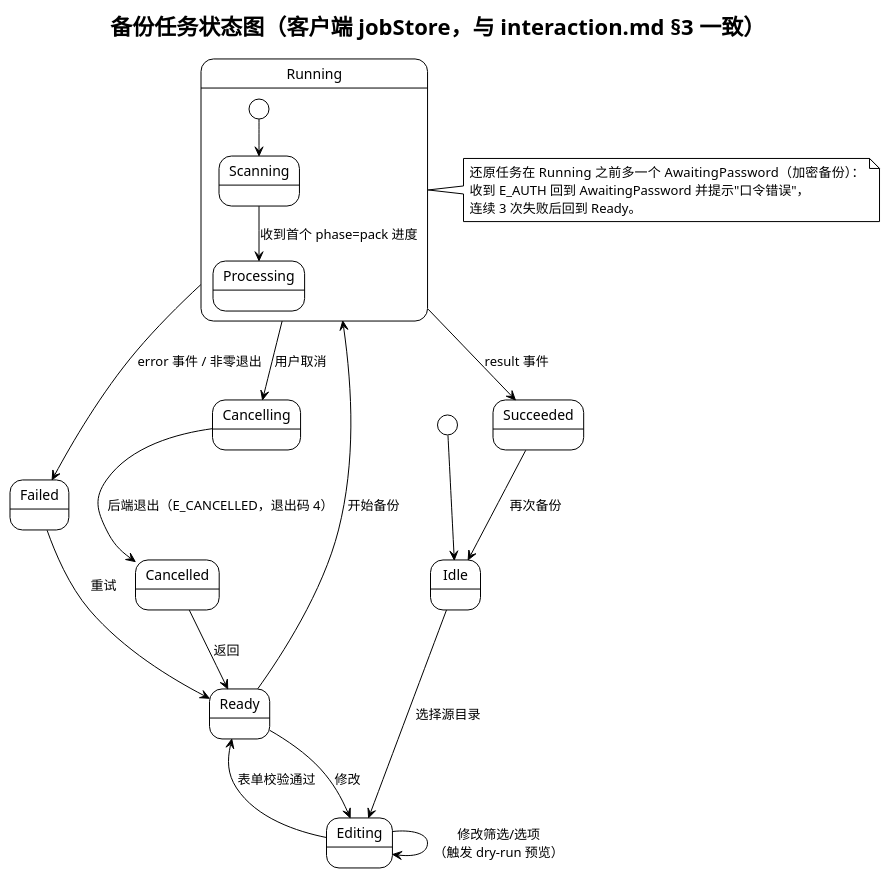
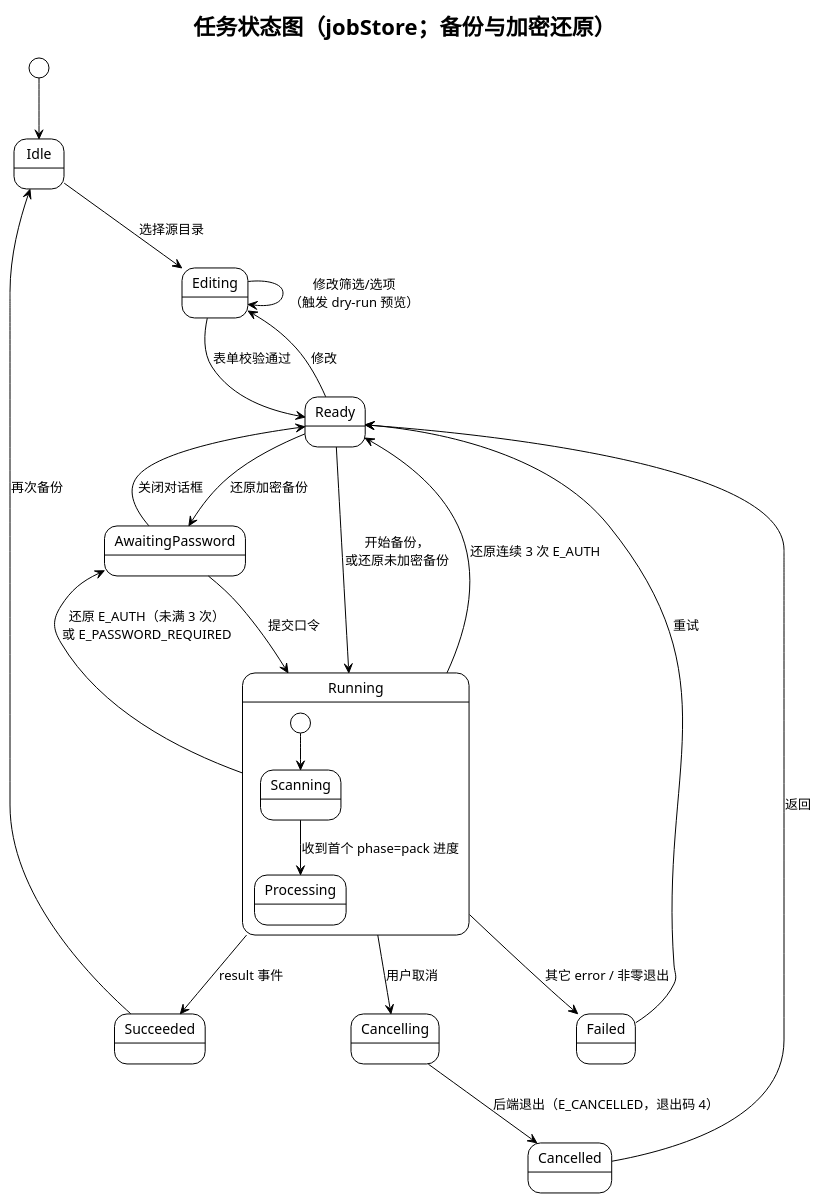
One commit to Piaoxuemoli/software-class-qoobeewang changed the diagram in docs/deliverables/diagrams/state-backup-job.puml. Above: the diagram before and after it, drawn with PlantUML. The commit also changed 26 other files, not shown here.

```diff
--- a/docs/deliverables/diagrams/state-backup-job.puml
+++ b/docs/deliverables/diagrams/state-backup-job.puml
@@ -1,29 +1,28 @@
 @startuml state-backup-job
 !theme plain
-title 备份任务状态图（客户端 jobStore，与 interaction.md §3 一致）
+title 任务状态图（jobStore；备份与加密还原）
 
 [*] --> Idle
 Idle --> Editing : 选择源目录
 Editing --> Editing : 修改筛选/选项\n（触发 dry-run 预览）
 Editing --> Ready : 表单校验通过
 Ready --> Editing : 修改
-Ready --> Running : 开始备份
+Ready --> Running : 开始备份，\n或还原未加密备份
+Ready --> AwaitingPassword : 还原加密备份
+AwaitingPassword --> Running : 提交口令
+AwaitingPassword --> Ready : 关闭对话框
 
 state Running {
   [*] --> Scanning
   Scanning --> Processing : 收到首个 phase=pack 进度
 }
 Running --> Cancelling : 用户取消
 Cancelling --> Cancelled : 后端退出（E_CANCELLED，退出码 4）
 Running --> Succeeded : result 事件
-Running --> Failed : error 事件 / 非零退出
+Running --> Failed : 其它 error / 非零退出
+Running --> AwaitingPassword : 还原 E_AUTH（未满 3 次）\n或 E_PASSWORD_REQUIRED
+Running --> Ready : 还原连续 3 次 E_AUTH
 Succeeded --> Idle : 再次备份
 Failed --> Ready : 重试
 Cancelled --> Ready : 返回
-
-note right of Running
-  还原任务在 Running 之前多一个 AwaitingPassword（加密备份）：
-  收到 E_AUTH 回到 AwaitingPassword 并提示"口令错误"，
-  连续 3 次失败后回到 Ready。
-end note
 @enduml
```
